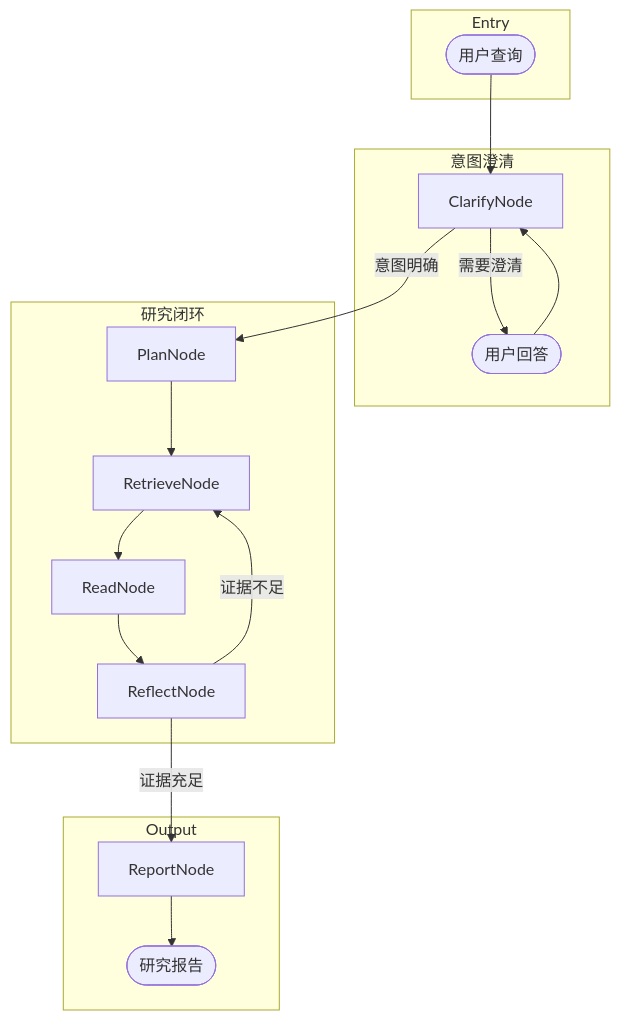
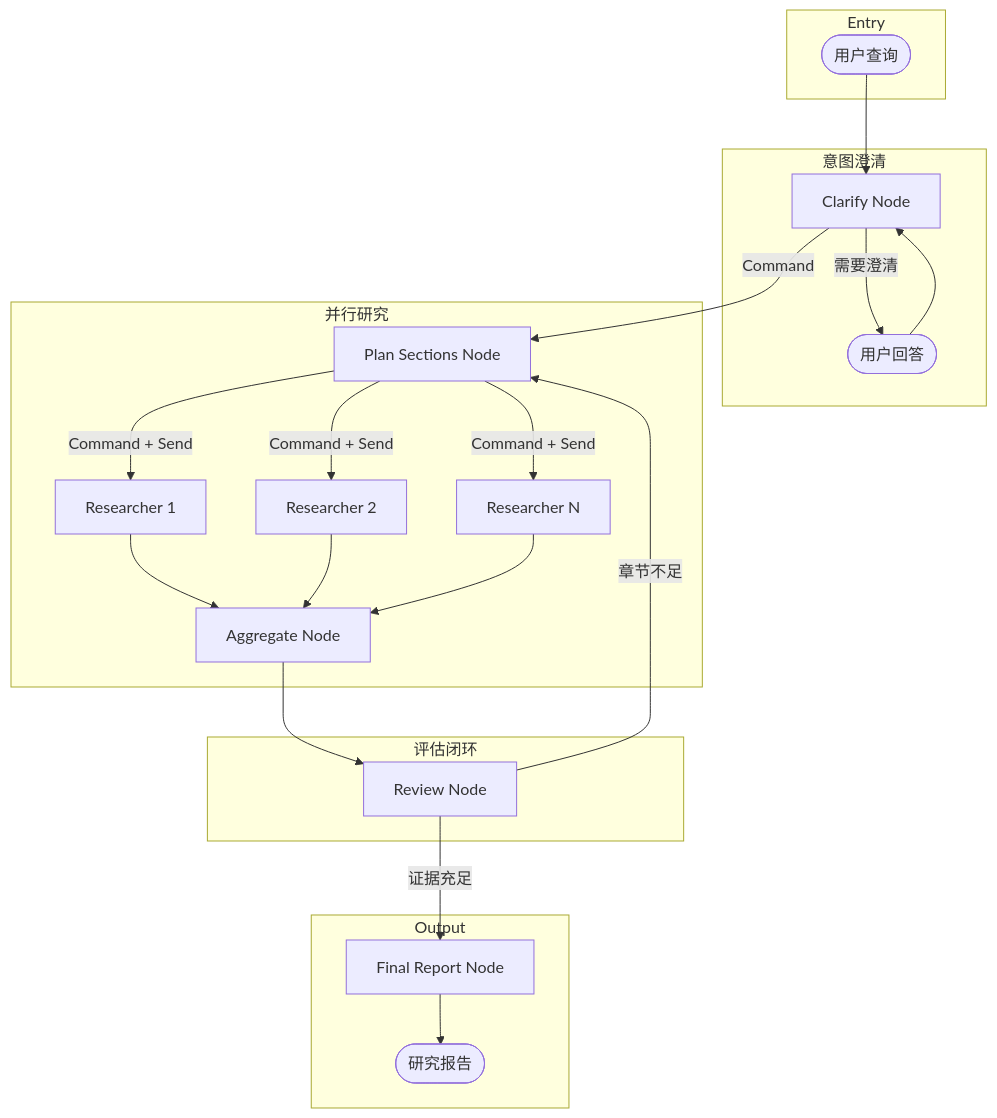
One commit to JasonHZS/research-agent changed the diagram in src/deep_research/README.md. Above: the diagram before and after it, drawn with Mermaid. The commit also changed other lines of this file and 28 other files, not shown here.

````diff
--- a/src/deep_research/README.md
+++ b/src/deep_research/README.md
@@ -7,35 +7,44 @@
 ```mermaid
 graph TB
     subgraph entry [Entry]
         Start([用户查询])
     end
-    
+
     subgraph clarify_loop [意图澄清]
-        Clarify[ClarifyNode]
+        Clarify[Clarify Node]
         UserInput([用户回答])
         Clarify -->|需要澄清| UserInput
         UserInput --> Clarify
     end
-    
-    subgraph research_loop [研究闭环]
-        Plan[PlanNode]
-        Retrieve[RetrieveNode]
-        Read[ReadNode]
-        Reflect[ReflectNode]
-        
-        Plan --> Retrieve
-        Retrieve --> Read
-        Read --> Reflect
-        Reflect -->|证据不足| Retrieve
+
+    subgraph parallel [并行研究]
+        Plan[Plan Sections Node]
+        R1[Researcher 1]
+        R2[Researcher 2]
+        RN[Researcher N]
+        Aggregate[Aggregate Node]
+
+        Plan -->|Command + Send| R1
+        Plan -->|Command + Send| R2
+        Plan -->|Command + Send| RN
+        R1 --> Aggregate
+        R2 --> Aggregate
+        RN --> Aggregate
     end
-    
+
+    subgraph review_loop [评估闭环]
+        Review[Review Node]
+        Review -->|章节不足| Plan
+    end
+
     subgraph output [Output]
-        Report[ReportNode]
+        Report[Final Report Node]
         Final([研究报告])
     end
-    
+
     Start --> Clarify
-    Clarify -->|意图明确| Plan
-    Reflect -->|证据充足| Report
+    Clarify -->|Command| Plan
+    Aggregate --> Review
+    Review -->|证据充足| Report
     Report --> Final
 ```
````
